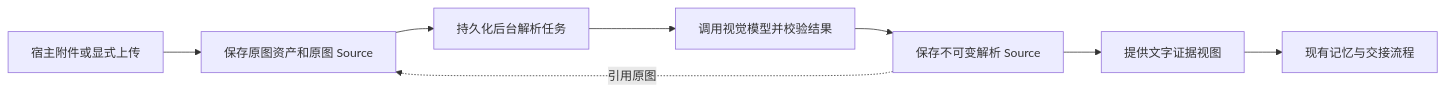
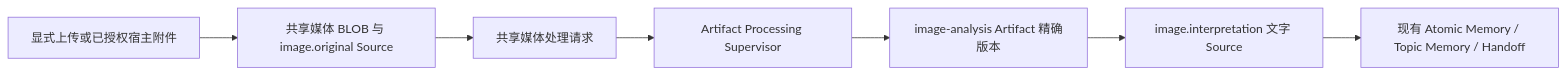
Before and after one commit to 2397819368a-oss/powercontext-2026: the diagram in docs/experiments/image-source/README.md, drawn with Mermaid. The commit also changed other lines of this file and 112 other files, not shown here.

````diff
--- a/docs/experiments/image-source/README.md
+++ b/docs/experiments/image-source/README.md
@@ -90,10 +10,9 @@
 ```mermaid
 flowchart LR
-    A[宿主附件或显式上传] --> B[保存原图资产和原图 Source]
-    B --> C[持久化后台解析任务]
-    C --> D[调用视觉模型并校验结果]
-    D --> E[保存不可变解析 Source]
-    E --> F[提供文字证据视图]
-    F --> G[现有记忆与交接流程]
-    E -.引用原图.-> B
+    A[显式上传或已授权宿主附件] --> B[共享媒体 BLOB 与 image.original Source]
+    B --> C[共享媒体处理请求]
+    C --> D[Artifact Processing Supervisor]
+    D --> E[image-analysis Artifact 精确版本]
+    E --> F[image.interpretation 文字 Source]
+    F --> G[现有 Atomic Memory / Topic Memory / Handoff]
 ```
````
